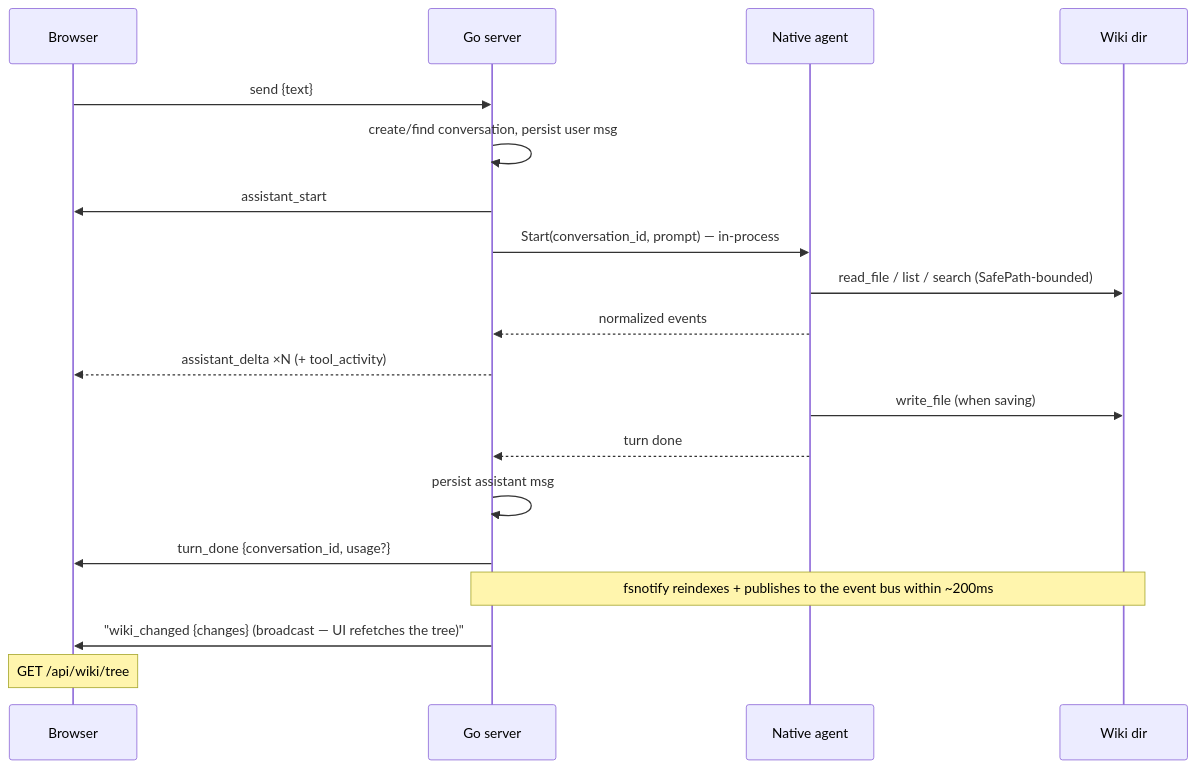
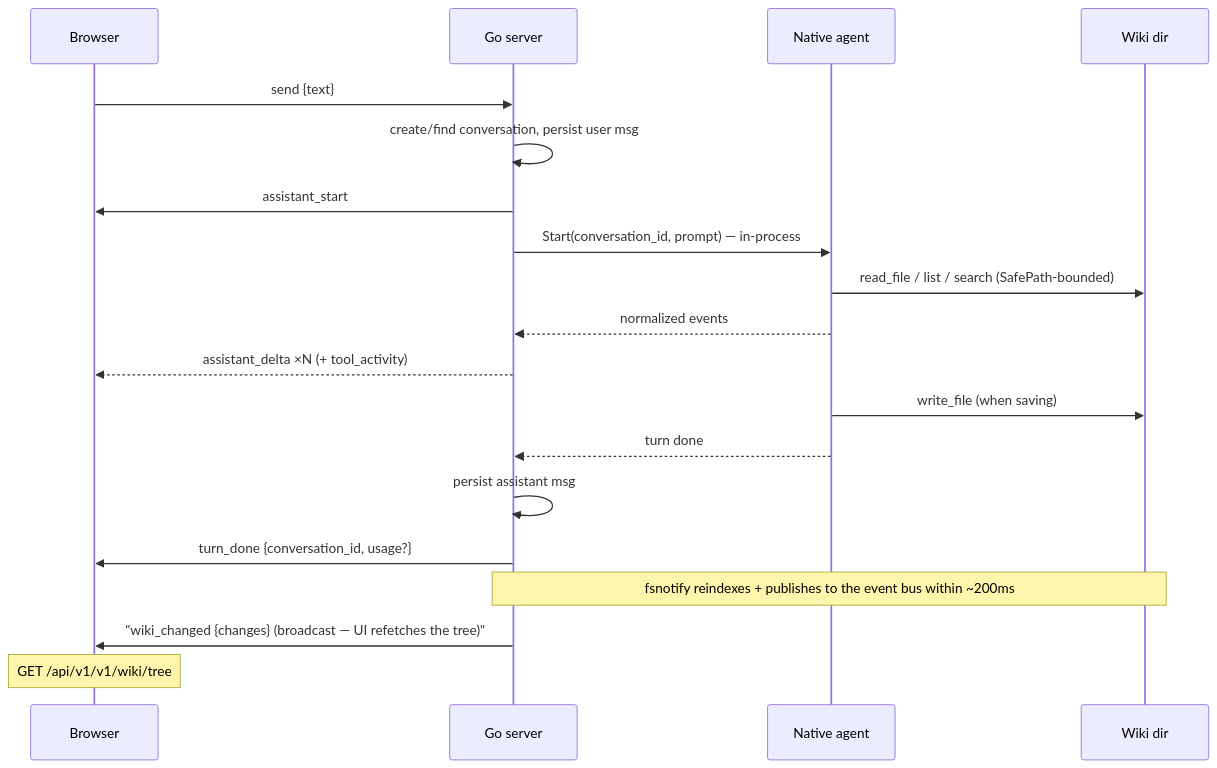
One commit to shiv-source/thoth changed the diagram in docs/api.md. Above: the diagram before and after it, drawn with Mermaid. The commit also changed other lines of this file and 47 other files, not shown here.

````diff
--- a/docs/api.md
+++ b/docs/api.md
@@ -50,22 +52,22 @@
 ```mermaid
 sequenceDiagram
     participant UI as Browser
     participant Go as Go server
     participant NA as Native agent
     participant W as Wiki dir
 
     UI->>Go: send {text}
     Go->>Go: create/find conversation, persist user msg
     Go->>UI: assistant_start
     Go->>NA: Start(conversation_id, prompt) — in-process
     NA->>W: read_file / list / search (SafePath-bounded)
     NA-->>Go: normalized events
     Go-->>UI: assistant_delta ×N (+ tool_activity)
     NA->>W: write_file (when saving)
     NA-->>Go: turn done
     Go->>Go: persist assistant msg
     Go->>UI: turn_done {conversation_id, usage?}
     Note over W,Go: fsnotify reindexes + publishes to the event bus within ~200ms
     Go->>UI: "wiki_changed {changes} (broadcast — UI refetches the tree)"
-    Note over UI: GET /api/wiki/tree
+    Note over UI: GET /api/v1/v1/wiki/tree
 ```
````
